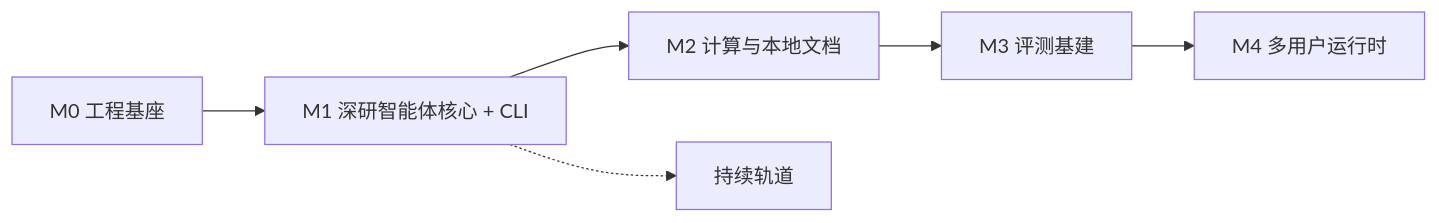
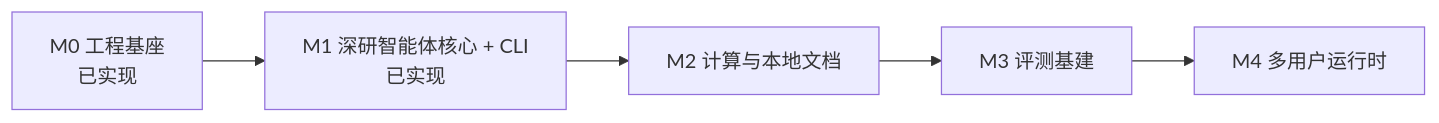
One commit to ecaps7/Prospector changed the diagram in docs/implementations/roadmap.md. Above: the diagram before and after it, drawn with Mermaid. The commit also changed other lines of this file and 7 other files, not shown here.

````diff
--- a/docs/implementations/roadmap.md
+++ b/docs/implementations/roadmap.md
@@ -24,8 +19,7 @@
 ```mermaid
 flowchart LR
-    M0["M0 工程基座"] --> M1["M1 深研智能体核心 + CLI"]
+    M0["M0 工程基座<br/>已实现"] --> M1["M1 深研智能体核心 + CLI<br/>已实现"]
     M1 --> M2["M2 计算与本地文档"]
     M2 --> M3["M3 评测基建"]
     M3 --> M4["M4 多用户运行时"]
-    M1 -.-> CT["持续轨道"]
 ```
````
